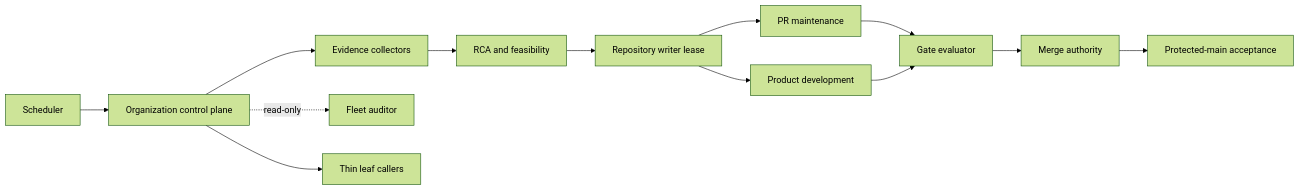
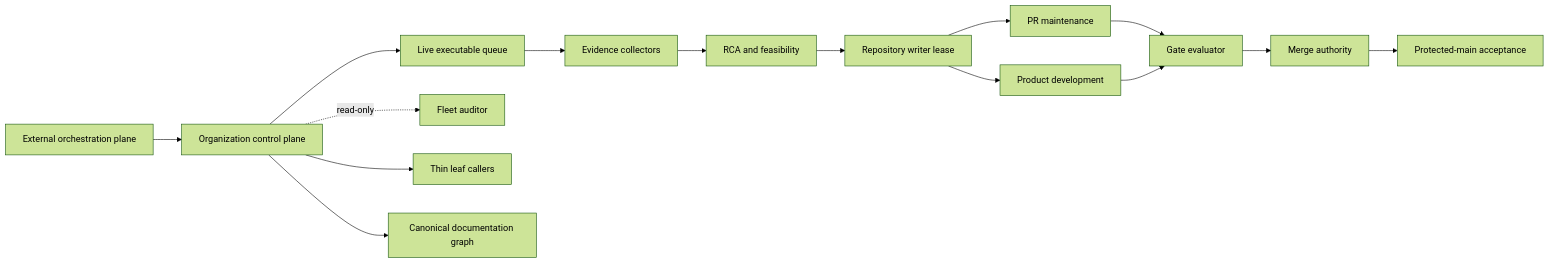
Before and after one commit to ContextualWisdomLab/.github: the first of 3 diagrams in docs/automation/ARCHITECTURE.md, drawn with Mermaid (forest theme). The commit also changed other lines of this file, not shown here.

Commit message:
docs(automation): model external orchestration and continuation planes

````diff
--- a/docs/automation/ARCHITECTURE.md
+++ b/docs/automation/ARCHITECTURE.md
@@ -7,15 +7,17 @@
 ```mermaid
 flowchart LR
-  S[Scheduler] --> O[Organization control plane]
-  O --> E[Evidence collectors]
+  X[External orchestration plane] --> O[Organization control plane]
+  O --> Q[Live executable queue]
+  Q --> E[Evidence collectors]
   E --> R[RCA and feasibility]
   R --> W[Repository writer lease]
   W --> P[PR maintenance]
   W --> D[Product development]
   P --> G[Gate evaluator]
   D --> G
   G --> M[Merge authority]
   M --> A[Protected-main acceptance]
   O -. read-only .-> F[Fleet auditor]
   O --> L[Thin leaf callers]
+  O --> C[Canonical documentation graph]
 ```
````
